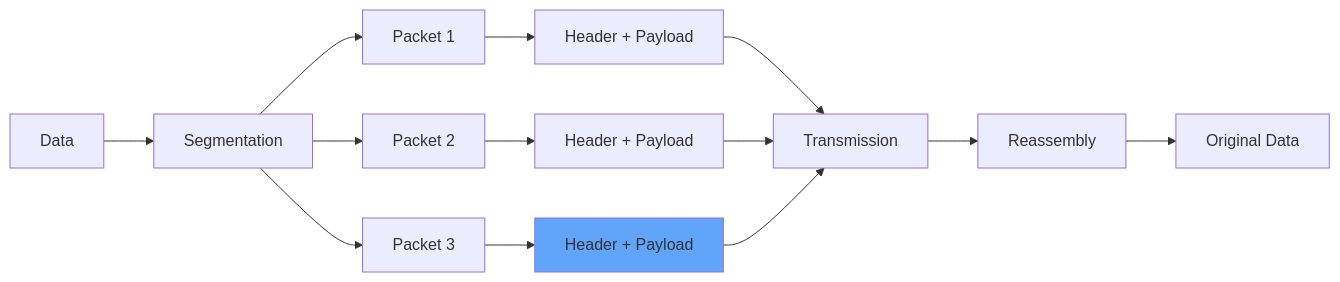
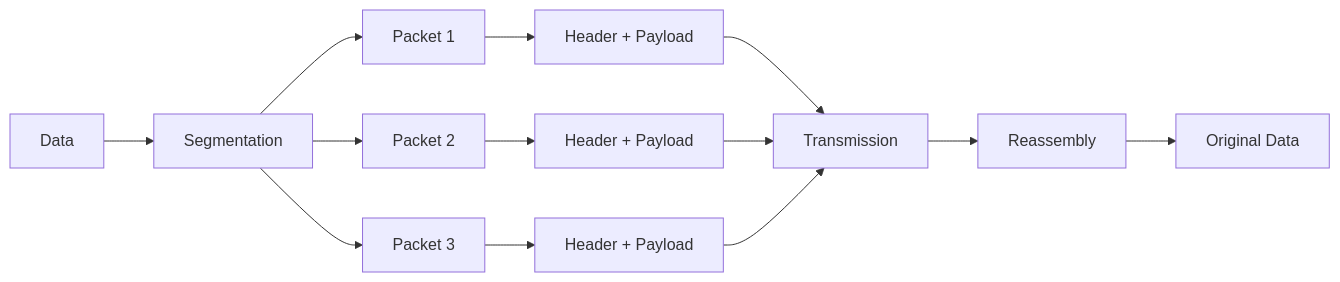
Before and after one commit to TechnoBureau/docs: the first of 8 diagrams in linux/introduction_about_computer_network.mdx, drawn with Mermaid. The commit also changed other lines of this file and 3 other files, not shown here.

Commit message:
fix: remove unnecessary style definitions from graph visualizations

````diff
--- a/linux/introduction_about_computer_network.mdx
+++ b/linux/introduction_about_computer_network.mdx
@@ -45,17 +45,16 @@
 ```mermaid
 graph LR
     A[Data] --> B[Segmentation]
     B --> C[Packet 1]
     B --> D[Packet 2]
     B --> E[Packet 3]
     C --> F[Header + Payload]
     D --> G[Header + Payload]
     E --> H[Header + Payload]
     F --> I[Transmission]
     G --> I
     H --> I
     I --> J[Reassembly]
     J --> K[Original Data]
 
-    style H fill:#60a5fa
 ```
````
